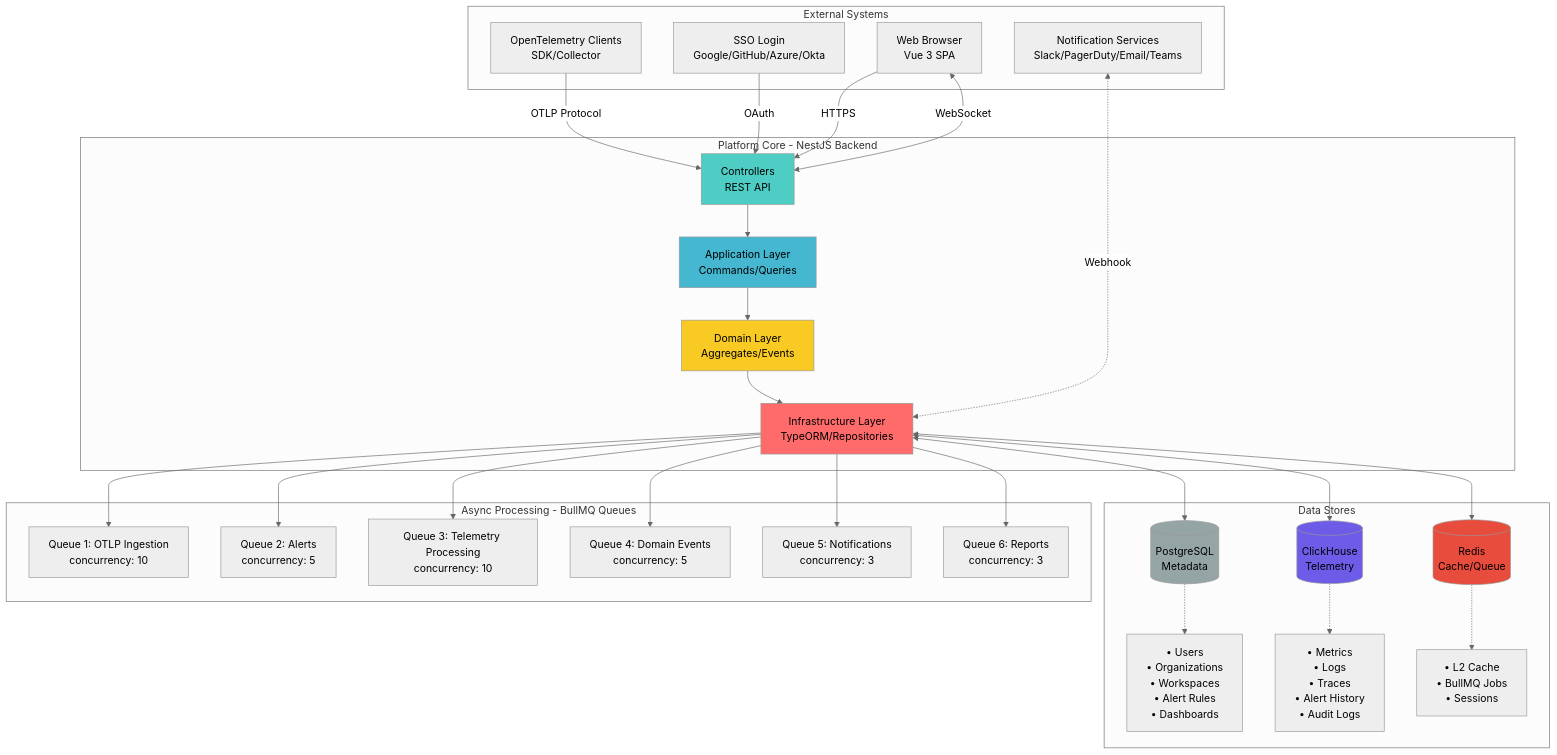
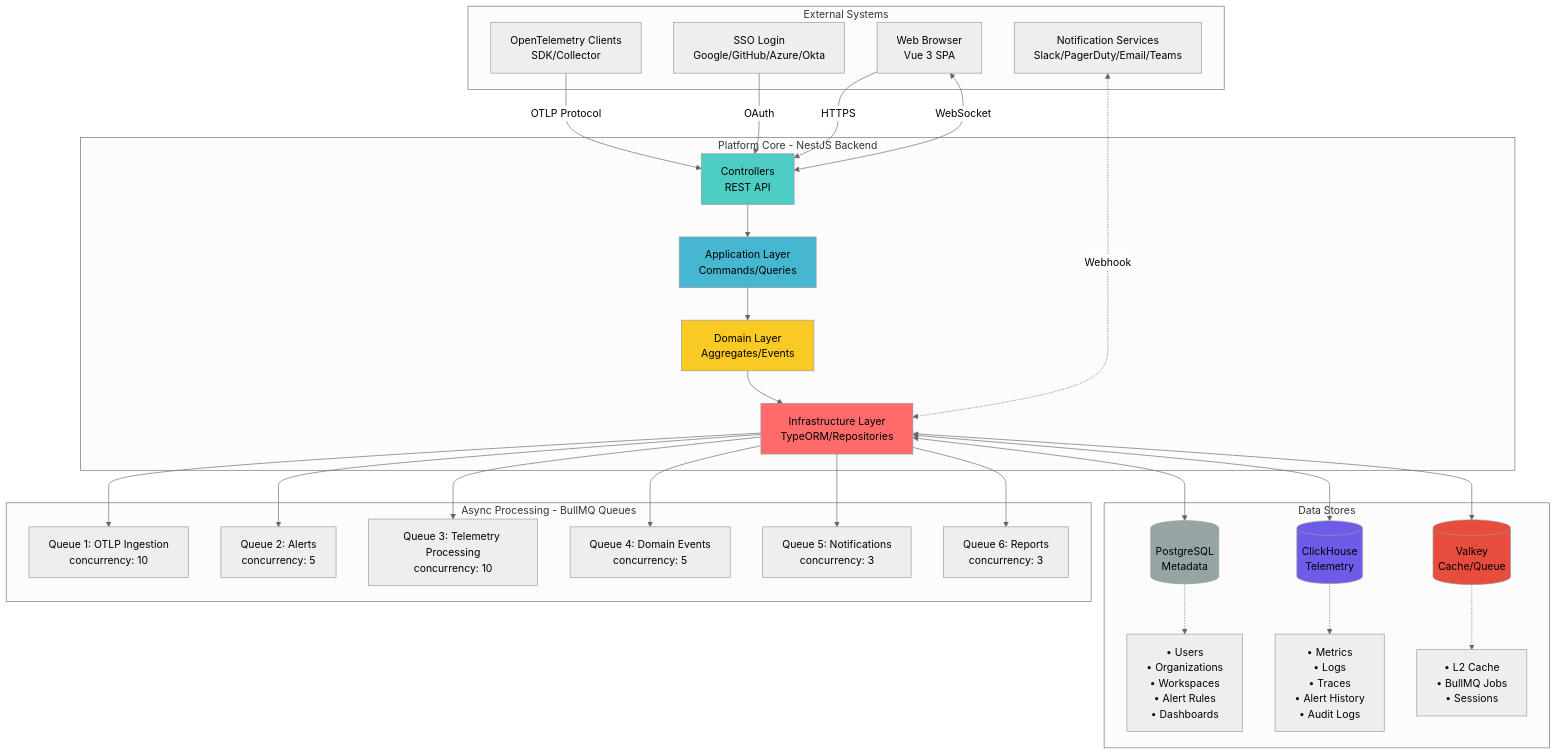
Before and after one commit to telemetryflow/telemetryflow-overview: the first of 14 diagrams in architecture/01-SYSTEM-ARCHITECTURE.md, drawn with Mermaid (neutral theme). The commit also changed other lines of this file and 23 other files, not shown here.

First line of the commit message:
docs: relabel Redis->Valkey in architecture/diagrams/prose (follow-up sweep)

````diff
--- a/architecture/01-SYSTEM-ARCHITECTURE.md
+++ b/architecture/01-SYSTEM-ARCHITECTURE.md
@@ -25,68 +25,68 @@
 ```mermaid
 graph TB
     subgraph "External Systems"
         OTLP[OpenTelemetry Clients<br/>SDK/Collector]
         SSO[SSO Login<br/>Google/GitHub/Azure/Okta]
         Browser[Web Browser<br/>Vue 3 SPA]
         Notif[Notification Services<br/>Slack/PagerDuty/Email/Teams]
     end
 
     subgraph "Platform Core - NestJS Backend"
         Controllers[Controllers<br/>REST API]
         AppLayer[Application Layer<br/>Commands/Queries]
         DomainLayer[Domain Layer<br/>Aggregates/Events]
         InfraLayer[Infrastructure Layer<br/>TypeORM/Repositories]
 
         Controllers --> AppLayer
         AppLayer --> DomainLayer
         DomainLayer --> InfraLayer
     end
 
     subgraph "Data Stores"
         PG[(PostgreSQL<br/>Metadata)]
         CH[(ClickHouse<br/>Telemetry)]
-        Redis[(Redis<br/>Cache/Queue)]
+        Valkey[(Valkey<br/>Cache/Queue)]
 
         PGData[• Users<br/>• Organizations<br/>• Workspaces<br/>• Alert Rules<br/>• Dashboards]
         CHData[• Metrics<br/>• Logs<br/>• Traces<br/>• Alert History<br/>• Audit Logs]
-        RedisData[• L2 Cache<br/>• BullMQ Jobs<br/>• Sessions]
+        ValkeyData[• L2 Cache<br/>• BullMQ Jobs<br/>• Sessions]
 
         PG -.-> PGData
         CH -.-> CHData
-        Redis -.-> RedisData
+        Valkey -.-> ValkeyData
     end
 
     subgraph "Async Processing - BullMQ Queues"
         Q1[Queue 1: OTLP Ingestion<br/>concurrency: 10]
         Q2[Queue 2: Alerts<br/>concurrency: 5]
         Q3[Queue 3: Telemetry Processing<br/>concurrency: 10]
         Q4[Queue 4: Domain Events<br/>concurrency: 5]
         Q5[Queue 5: Notifications<br/>concurrency: 3]
         Q6[Queue 6: Reports<br/>concurrency: 3]
     end
 
     OTLP -->|OTLP Protocol| Controllers
     SSO -->|OAuth| Controllers
     Browser -->|HTTPS| Controllers
     Browser <-->|WebSocket| Controllers
     Notif <-.->|Webhook| InfraLayer
 
     InfraLayer <--> PG
     InfraLayer <--> CH
-    InfraLayer <--> Redis
+    InfraLayer <--> Valkey
 
     InfraLayer --> Q1
     InfraLayer --> Q2
     InfraLayer --> Q3
     InfraLayer --> Q4
     InfraLayer --> Q5
     InfraLayer --> Q6
 
     style Controllers fill:#4ecdc4
     style AppLayer fill:#45b7d1
     style DomainLayer fill:#f9ca24
     style InfraLayer fill:#ff6b6b
     style PG fill:#95a5a6
     style CH fill:#6c5ce7
-    style Redis fill:#e74c3c
+    style Valkey fill:#e74c3c
 ```
````
